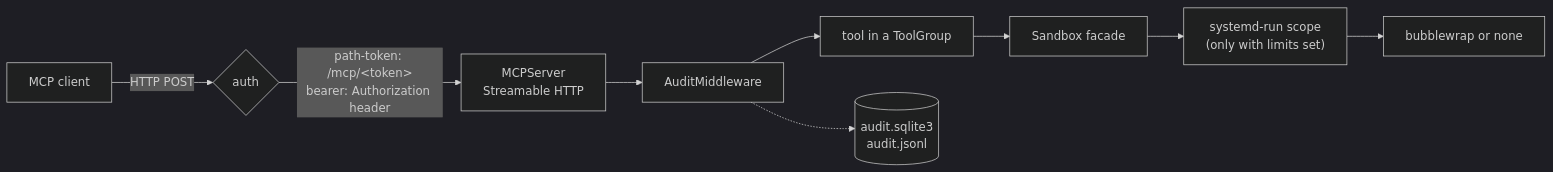
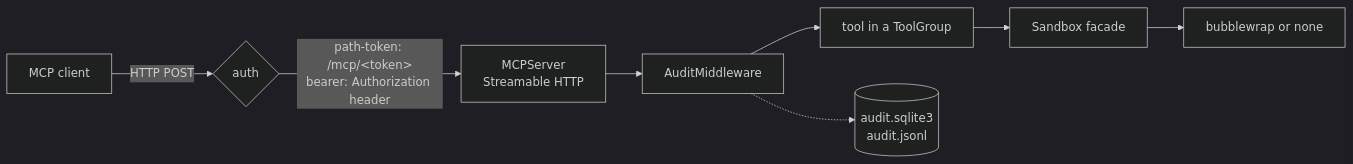
The diagram in docs/architecture.md (ajeetkharel/dev-link-mcp), drawn with Mermaid (dark theme) before and after one commit. The commit also changed other lines of this file and 3 other files, not shown here.

First line of the commit message:
Trim the architecture doc and correct three statements that disagreed with the code

````diff
--- a/docs/architecture.md
+++ b/docs/architecture.md
@@ -8,11 +8,10 @@
 ```mermaid
 flowchart LR
     client[MCP client] -->|HTTP POST| auth{auth}
     auth -->|"path-token: /mcp/&lt;token&gt;<br>bearer: Authorization header"| sdk[MCPServer<br>Streamable HTTP]
     sdk --> audit[AuditMiddleware]
     audit --> tool[tool in a ToolGroup]
     tool --> sandbox[Sandbox facade]
-    sandbox --> limits["systemd-run scope<br>(only with limits set)"]
-    limits --> backend[bubblewrap or none]
+    sandbox --> backend[bubblewrap or none]
     audit -.-> store[(audit.sqlite3<br>audit.jsonl)]
 ```
````
